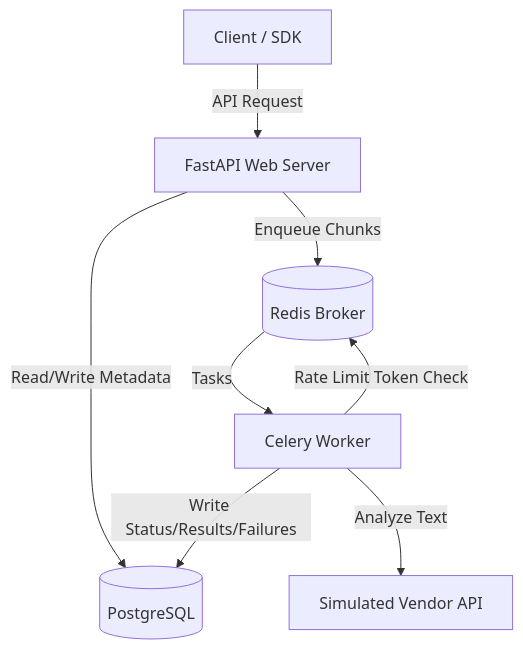
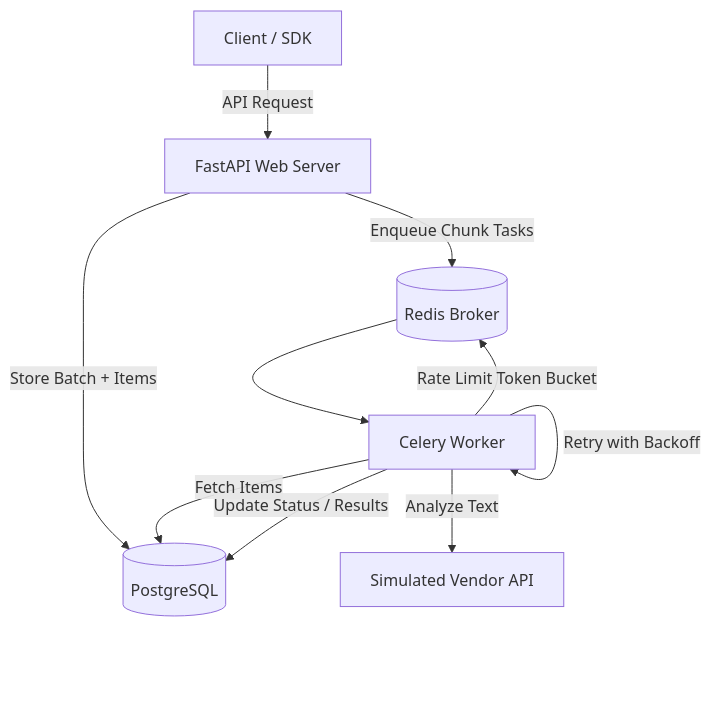
Before and after one commit to tusharvispute07/Async-Batch-Processing-Service: the diagram in README.md, drawn with Mermaid.

Commit message:
update mermaid graph

````diff
--- a/README.md
+++ b/README.md
@@ -11,10 +11,14 @@
 ```mermaid
 graph TD
-    Client[Client / SDK] -->|API Request| API[FastAPI Web Server]
-    API -->|Read/Write Metadata| DB[(PostgreSQL)]
-    API -->|Enqueue Chunks| Redis[(Redis Broker)]
-    Redis -->|Tasks| Worker[Celery Worker]
-    Worker -->|Rate Limit Token Check| Redis
-    Worker -->|Write Status/Results/Failures| DB
-    Worker -->|Analyze Text| Vendor[Simulated Vendor API]
+  Client[Client / SDK] -->|API Request| API[FastAPI Web Server]
+  API -->|Store Batch + Items| DB[(PostgreSQL)]
+  API -->|Enqueue Chunk Tasks| Redis[(Redis Broker)]
+
+  Redis --> Worker[Celery Worker]
+
+  Worker -->|Fetch Items| DB
+  Worker -->|Rate Limit Token Bucket| Redis
+  Worker -->|Analyze Text| Vendor[Simulated Vendor API]
+  Worker -->|Update Status / Results| DB
+  Worker -->|Retry with Backoff| Worker
 ```
````
